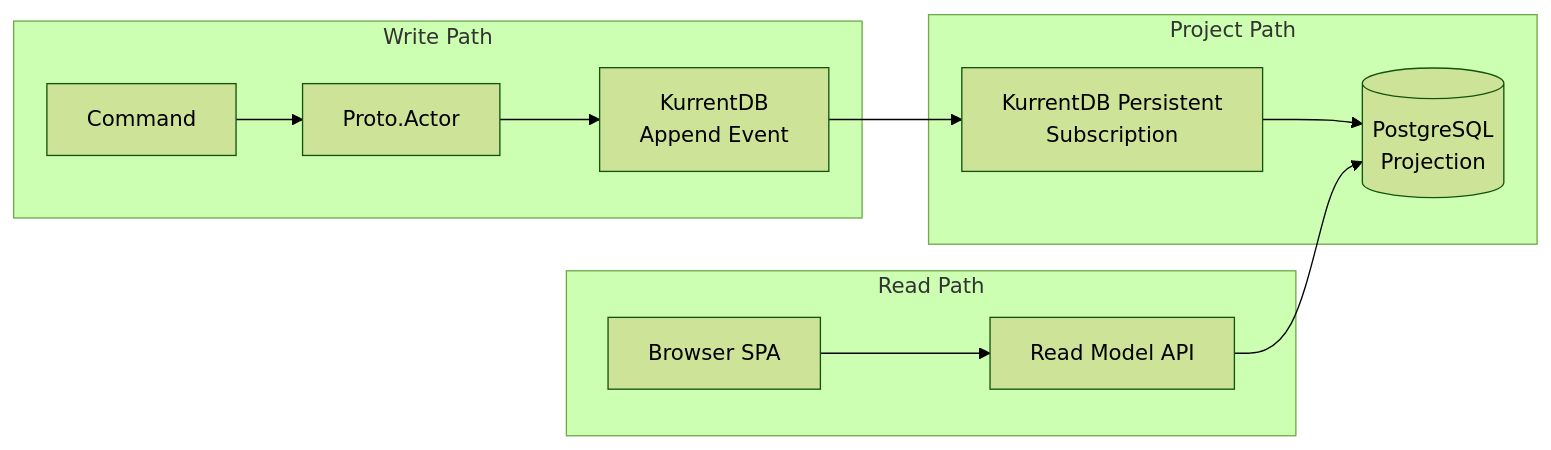
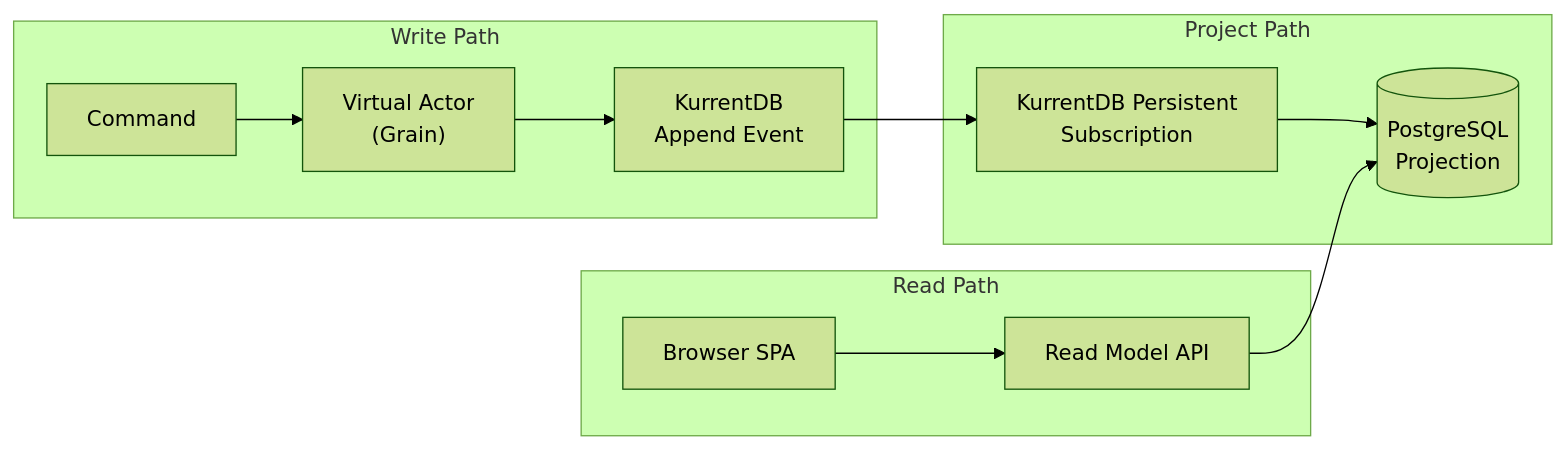
Before and after one commit to lekhasy/Vut: diagram 18 of 19 in epics/01-epic-first-signin-org/architecture/architecture.md, drawn with Mermaid (forest theme). The commit also changed other lines of this file and 4 other files, not shown here.

````diff
--- a/epics/01-epic-first-signin-org/architecture/architecture.md
+++ b/epics/01-epic-first-signin-org/architecture/architecture.md
@@ -1023,17 +1419,17 @@
 ```mermaid
 flowchart LR
     subgraph Write Path
-        CMD[Command] --> ACT[Proto.Actor]
-        ACT --> ES[KurrentDB<br/>Append Event]
+        CMD[Command] --> GRAIN["Virtual Actor<br/>(Grain)"]
+        GRAIN --> ES[KurrentDB<br/>Append Event]
     end
 
     subgraph Project Path
         ES --> PS[KurrentDB Persistent<br/>Subscription]
         PS --> PG[(PostgreSQL<br/>Projection)]
     end
 
     subgraph Read Path
         API[Read Model API] --> PG
         UI[Browser SPA] --> API
     end
 ```
````
